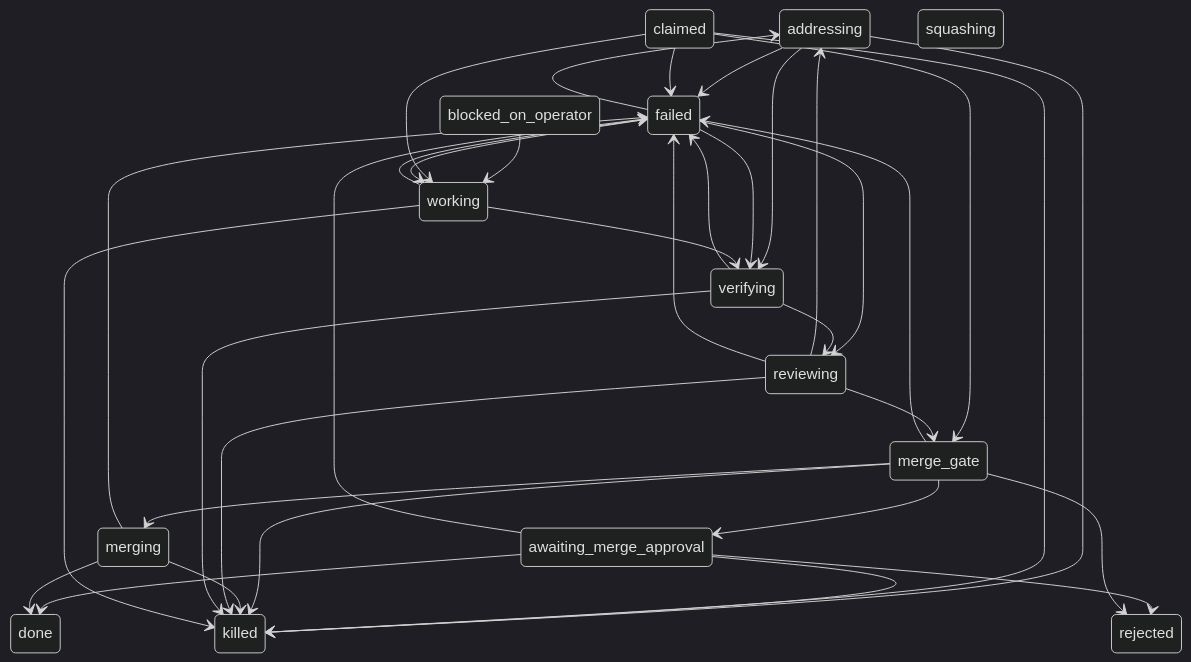
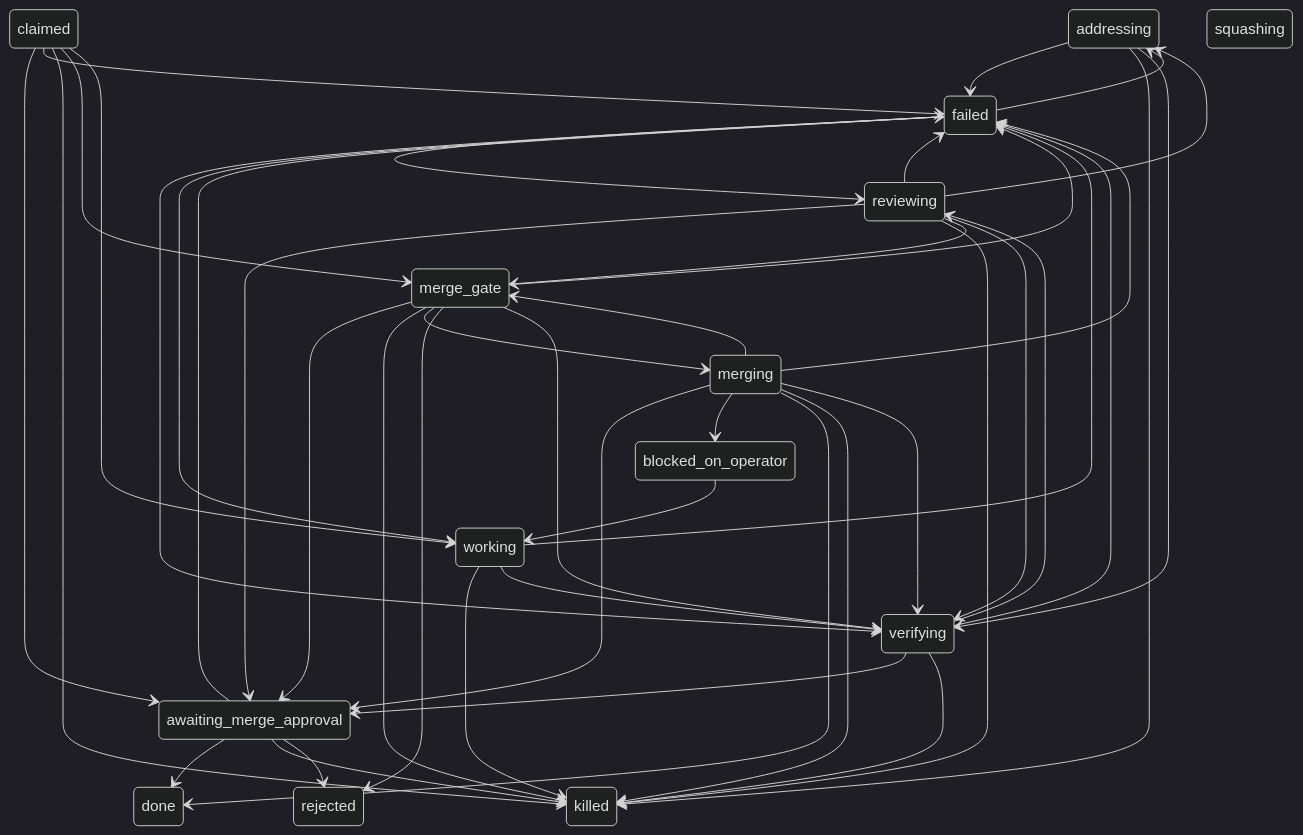
Before and after one commit to wevial/holophyte: the second of 2 diagrams in docs/loop.md, drawn with Mermaid (dark theme). The commit also changed 2 other files, not shown here.

Commit message:
Complete the run phase graph for existing loop paths (KO-580)
ADDRESS the prior review's graph-completeness and full-suite blockers
under the revised ticket scope. Allow babysit fix verification and retry,
human and rejected-review parking, PR merge recovery/refusal, diverged
candidate parking, and post-merge command failure parking. Each added
edge names its current loop path; no existing edge is removed.

Keep the transactional IllegalTransition gate, same-phase note updates,
resume path, infrastructure-failure handling, and persisted-event audits.
Refresh the explicit vocabulary snapshot and generated phase diagram.

Validation: required focused command passes 71 tests; full discovery
passes 1689 tests with 2 skips; ruff check holophyte tests store passes.

````diff
--- a/docs/loop.md
+++ b/docs/loop.md
@@ -357,51 +357,60 @@
 ```mermaid
 stateDiagram-v2
     addressing
     awaiting_merge_approval
     blocked_on_operator
     claimed
     done
     failed
     killed
     merge_gate
     merging
     rejected
     reviewing
     squashing
     verifying
     working
     addressing --> failed
     addressing --> killed
     addressing --> verifying
     awaiting_merge_approval --> done
     awaiting_merge_approval --> failed
     awaiting_merge_approval --> killed
     awaiting_merge_approval --> rejected
     blocked_on_operator --> working
+    claimed --> awaiting_merge_approval
     claimed --> failed
     claimed --> killed
     claimed --> merge_gate
     claimed --> working
     failed --> addressing
     failed --> reviewing
     failed --> verifying
     failed --> working
     merge_gate --> awaiting_merge_approval
     merge_gate --> failed
     merge_gate --> killed
     merge_gate --> merging
     merge_gate --> rejected
+    merge_gate --> verifying
+    merging --> awaiting_merge_approval
+    merging --> blocked_on_operator
     merging --> done
     merging --> failed
     merging --> killed
+    merging --> merge_gate
+    merging --> verifying
     reviewing --> addressing
+    reviewing --> awaiting_merge_approval
     reviewing --> failed
     reviewing --> killed
     reviewing --> merge_gate
+    reviewing --> verifying
+    verifying --> awaiting_merge_approval
     verifying --> failed
     verifying --> killed
     verifying --> reviewing
     working --> failed
     working --> killed
     working --> verifying
 ```
````
